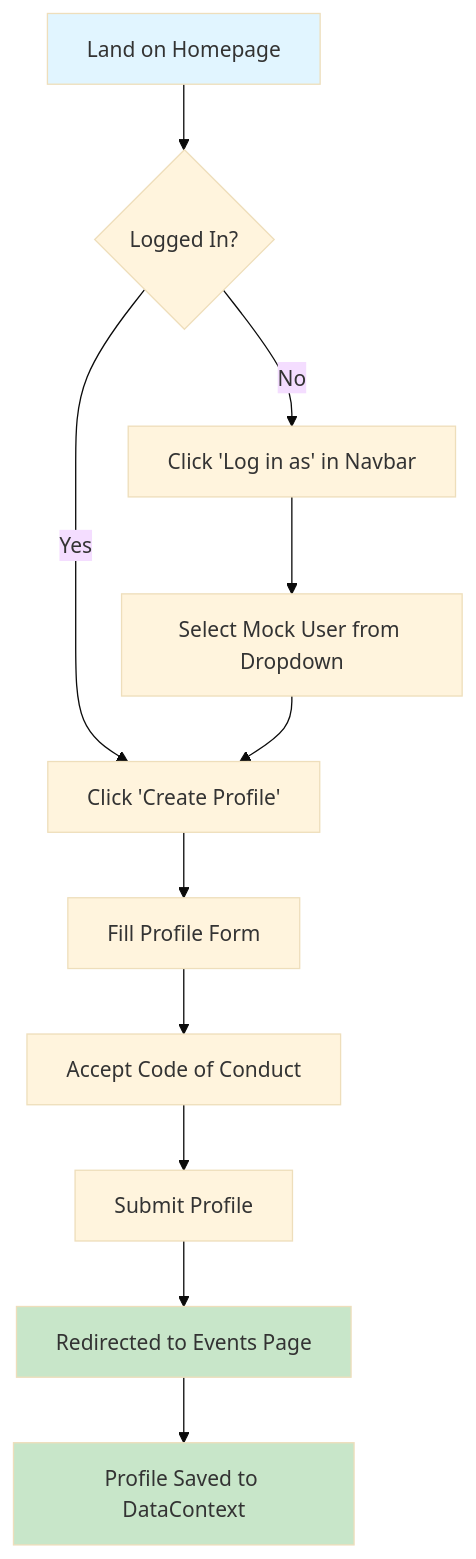
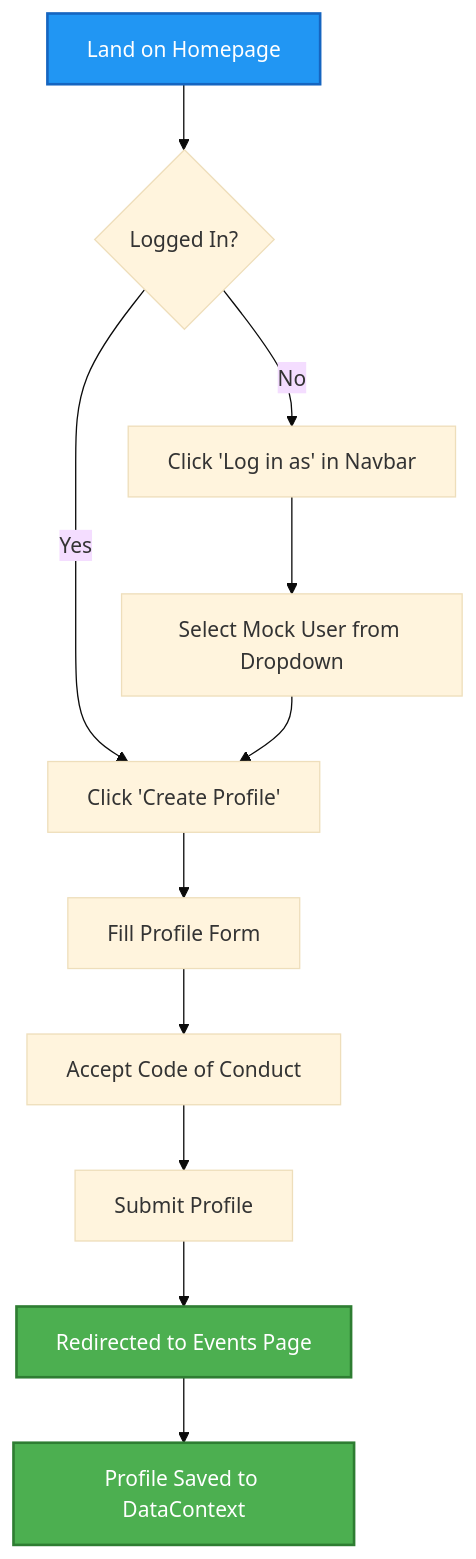
The first of 10 diagrams in USER_GUIDE.md (daniposa/devconnect), drawn with Mermaid (base theme) before and after one commit. The commit also changed other lines of this file, not shown here.

Commit message:
docs: Update Mermaid diagram colors for better visibility

````diff
--- a/USER_GUIDE.md
+++ b/USER_GUIDE.md
@@ -37,17 +37,17 @@
 ```mermaid
 flowchart TD
     A[Land on Homepage] --> B{Logged In?}
     B -->|No| C[Click 'Log in as' in Navbar]
     C --> D[Select Mock User from Dropdown]
     B -->|Yes| E[Click 'Create Profile']
     D --> E
     E --> F[Fill Profile Form]
     F --> G[Accept Code of Conduct]
     G --> H[Submit Profile]
     H --> I[Redirected to Events Page]
     I --> J[Profile Saved to DataContext]
     
-    style A fill:#e1f5ff
-    style I fill:#c8e6c9
-    style J fill:#c8e6c9
+    style A fill:#2196F3,stroke:#1565C0,stroke-width:2px,color:#fff
+    style I fill:#4CAF50,stroke:#2E7D32,stroke-width:2px,color:#fff
+    style J fill:#4CAF50,stroke:#2E7D32,stroke-width:2px,color:#fff
 ```
````
